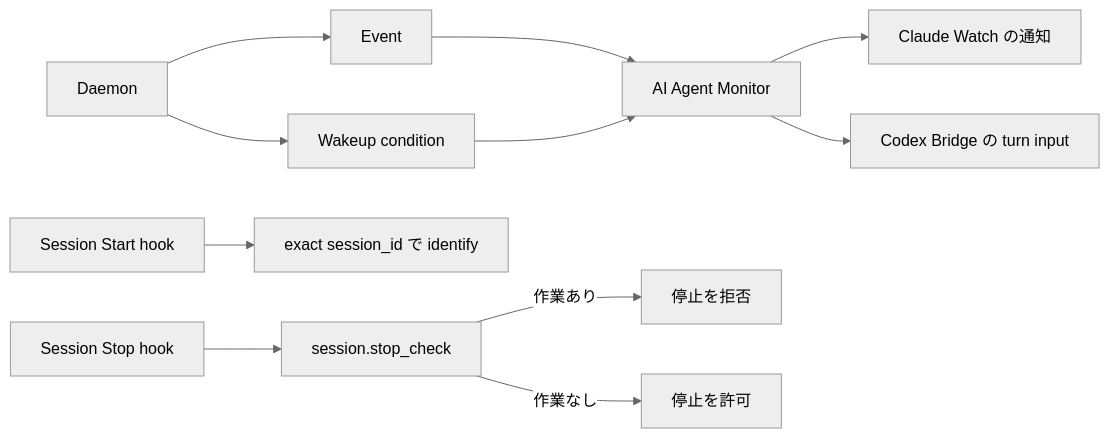
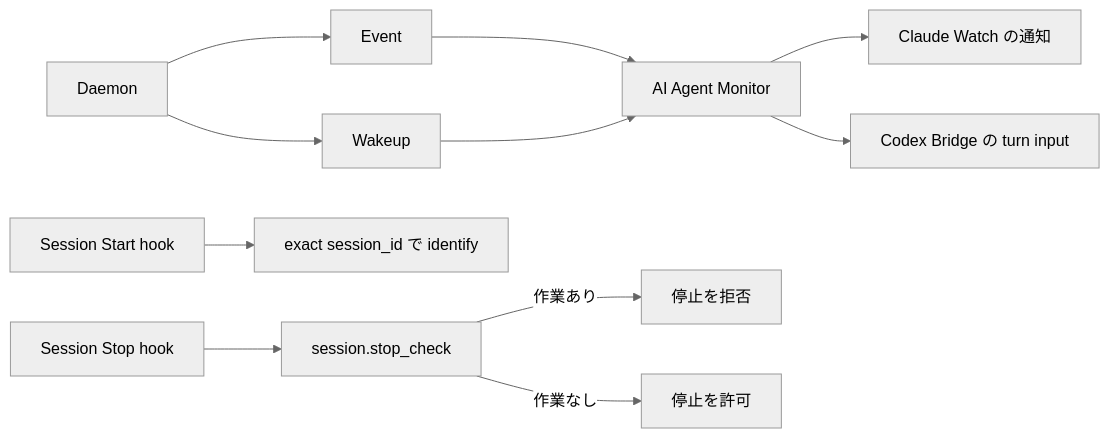
Before and after one commit to michiomochi/atct: the first of 2 diagrams in doc/continuous-execution.md, drawn with Mermaid (neutral theme). The commit also changed other lines of this file and 29 other files, not shown here.

````diff
--- a/doc/continuous-execution.md
+++ b/doc/continuous-execution.md
@@ -8,15 +8,15 @@
 ```mermaid
 flowchart LR
     D[Daemon] --> E[Event]
-    D --> W[Wakeup condition]
+    D --> W[Wakeup]
 
     E --> M[AI Agent Monitor]
     W --> M
     M --> C[Claude Watch の通知]
     M --> B[Codex Bridge の turn input]
 
     SS[Session Start hook] --> I[exact session_id で identify]
     ST[Session Stop hook] --> SC[session.stop_check]
     SC -->|作業あり| K[停止を拒否]
     SC -->|作業なし| A[停止を許可]
 ```
````
